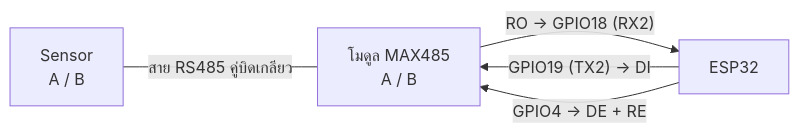
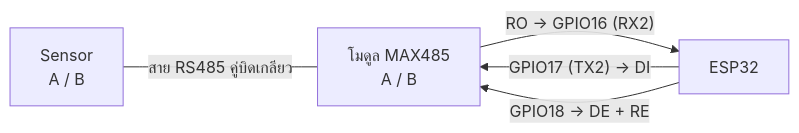
One commit to globaltronic-intertrade/hardware-library changed the diagram in sensors/rs485-modbus-temp-humidity/README.md. Above: the diagram before and after it, drawn with Mermaid. The commit also changed other lines of this file and 4 other files, not shown here.

````diff
--- a/sensors/rs485-modbus-temp-humidity/README.md
+++ b/sensors/rs485-modbus-temp-humidity/README.md
@@ -45,7 +48,7 @@
 ```mermaid
 flowchart LR
   S["Sensor<br/>A / B"] ---|"สาย RS485 คู่บิดเกลียว"| M["โมดูล MAX485<br/>A / B"]
-  M -->|"RO → GPIO18 (RX2)"| E["ESP32"]
-  E -->|"GPIO19 (TX2) → DI"| M
-  E -->|"GPIO4 → DE + RE"| M
+  M -->|"RO → GPIO16 (RX2)"| E["ESP32"]
+  E -->|"GPIO17 (TX2) → DI"| M
+  E -->|"GPIO18 → DE + RE"| M
 ```
````
